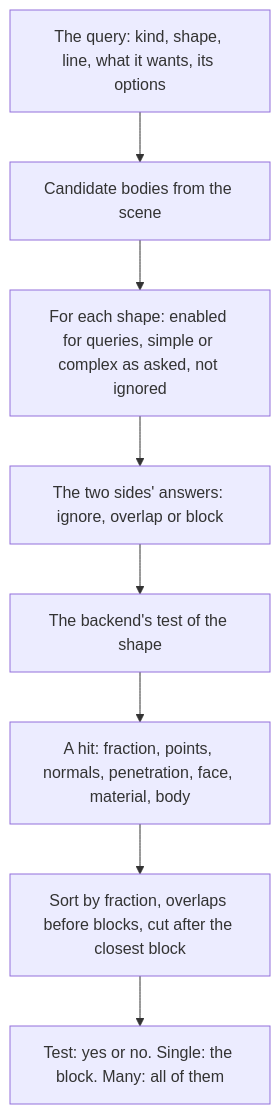
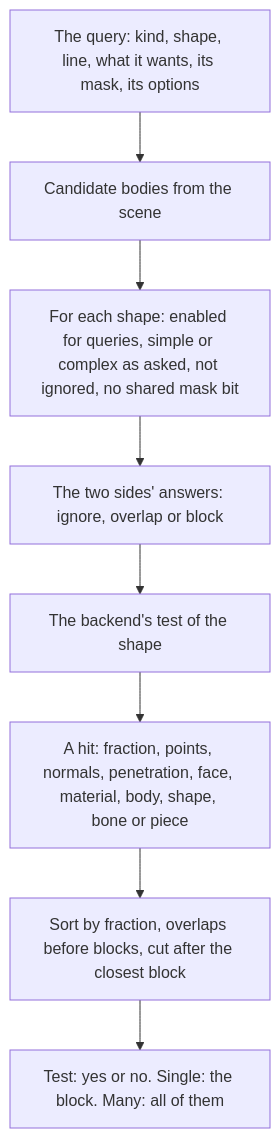
Before and after one commit to plainsight-systems/bullet-witch: the second of 4 diagrams in docs/architecture/physics.md, drawn with Mermaid. The commit also changed other lines of this file and 2 other files, not shown here.

First line of the commit message:
Physics: objects that break as clusters of pieces with strain and thresholds, bodies of a skeleton with weights, per-shape switches and masks, and a hit that names its shape, bone or piece

````diff
--- a/docs/architecture/physics.md
+++ b/docs/architecture/physics.md
@@ -150,10 +222,10 @@
 ```mermaid
 flowchart TD
-    A["The query: kind, shape, line, what it wants, its options"] --> B["Candidate bodies from the scene"]
-    B --> C["For each shape: enabled for queries, simple or complex as asked, not ignored"]
+    A["The query: kind, shape, line, what it wants, its mask, its options"] --> B["Candidate bodies from the scene"]
+    B --> C["For each shape: enabled for queries, simple or complex as asked, not ignored, no shared mask bit"]
     C --> D["The two sides' answers: ignore, overlap or block"]
     D --> E["The backend's test of the shape"]
-    E --> F["A hit: fraction, points, normals, penetration, face, material, body"]
+    E --> F["A hit: fraction, points, normals, penetration, face, material, body, shape, bone or piece"]
     F --> G["Sort by fraction, overlaps before blocks, cut after the closest block"]
     G --> H["Test: yes or no. Single: the block. Many: all of them"]
 ```
````
